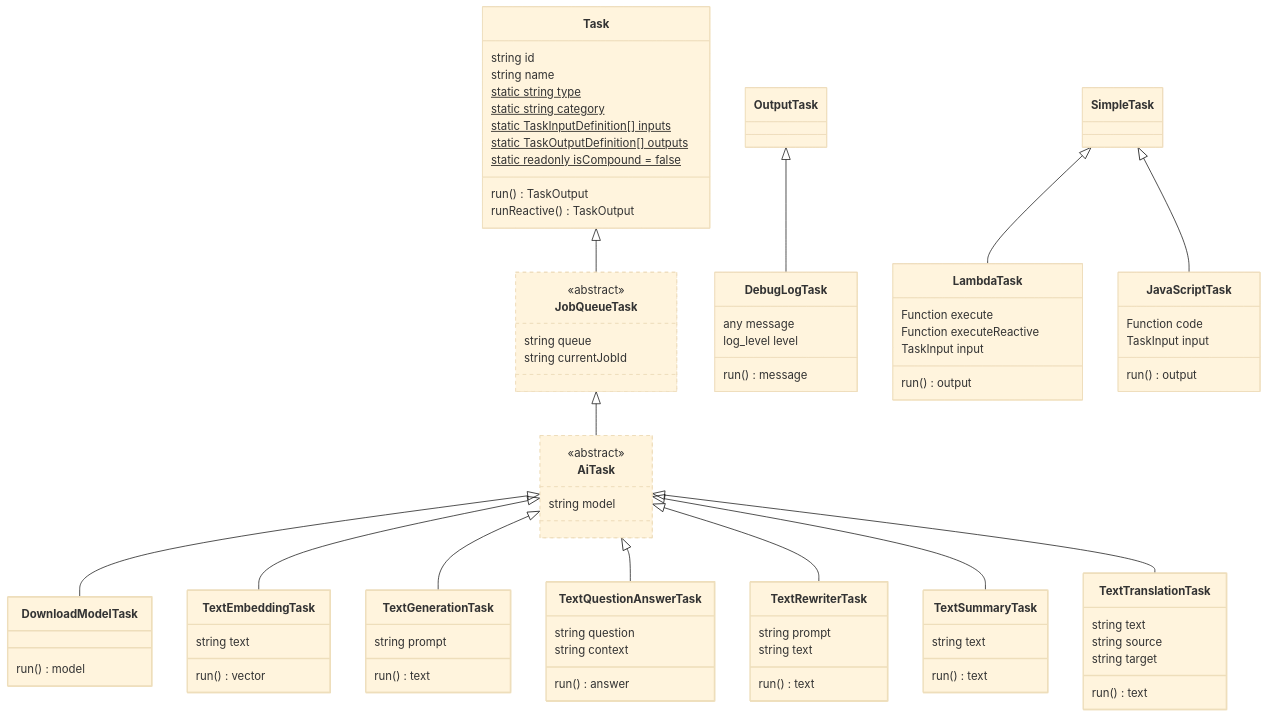
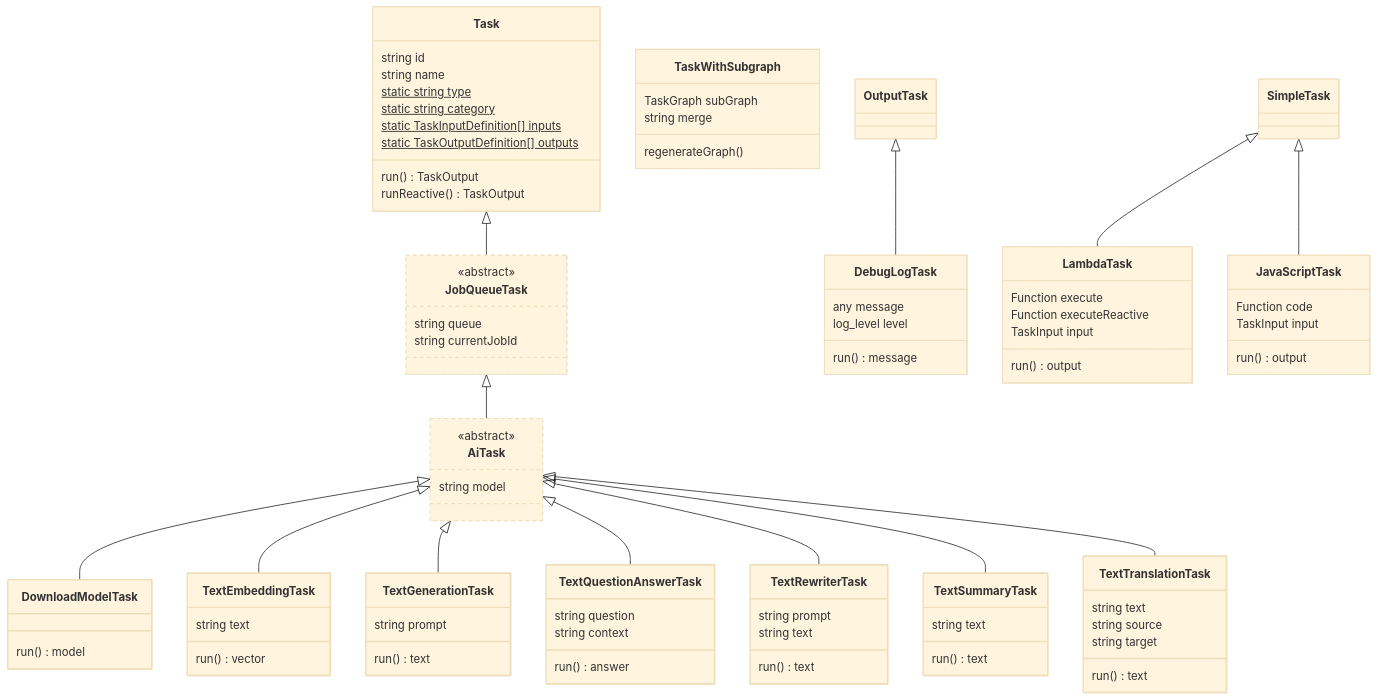
One commit to PodleyAI/podley changed the second of 5 diagrams in docs/developers/02_architecture.md. Above: the diagram before and after it, drawn with Mermaid (base theme). The commit also changed 31 other files, not shown here.

```diff
--- a/docs/developers/02_architecture.md
+++ b/docs/developers/02_architecture.md
@@ -115,9 +115,14 @@
       static string category$
       static TaskInputDefinition[] inputs$
       static TaskOutputDefinition[] outputs$
-      static readonly isCompound = false$
       run() TaskOutput
       runReactive() TaskOutput
+    }
+
+    class TaskWithSubgraph{
+      TaskGraph subGraph
+      string merge
+      regenerateGraph()
     }
 
     class JobQueueTask{
```
